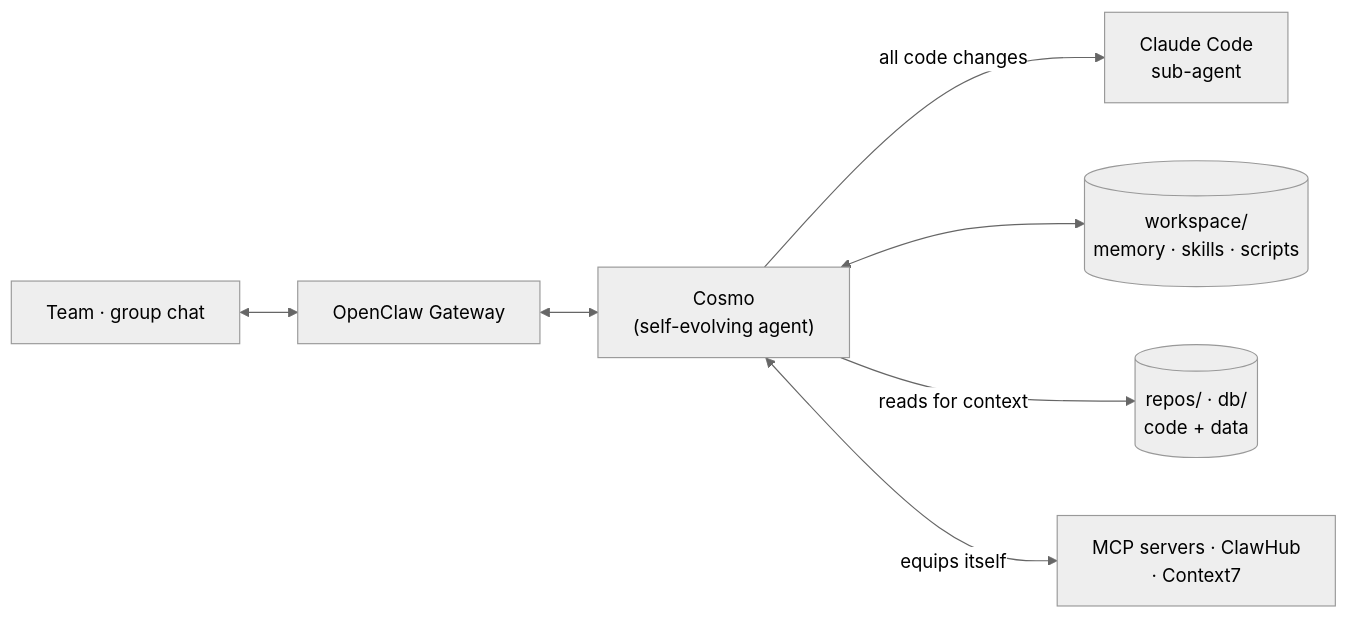
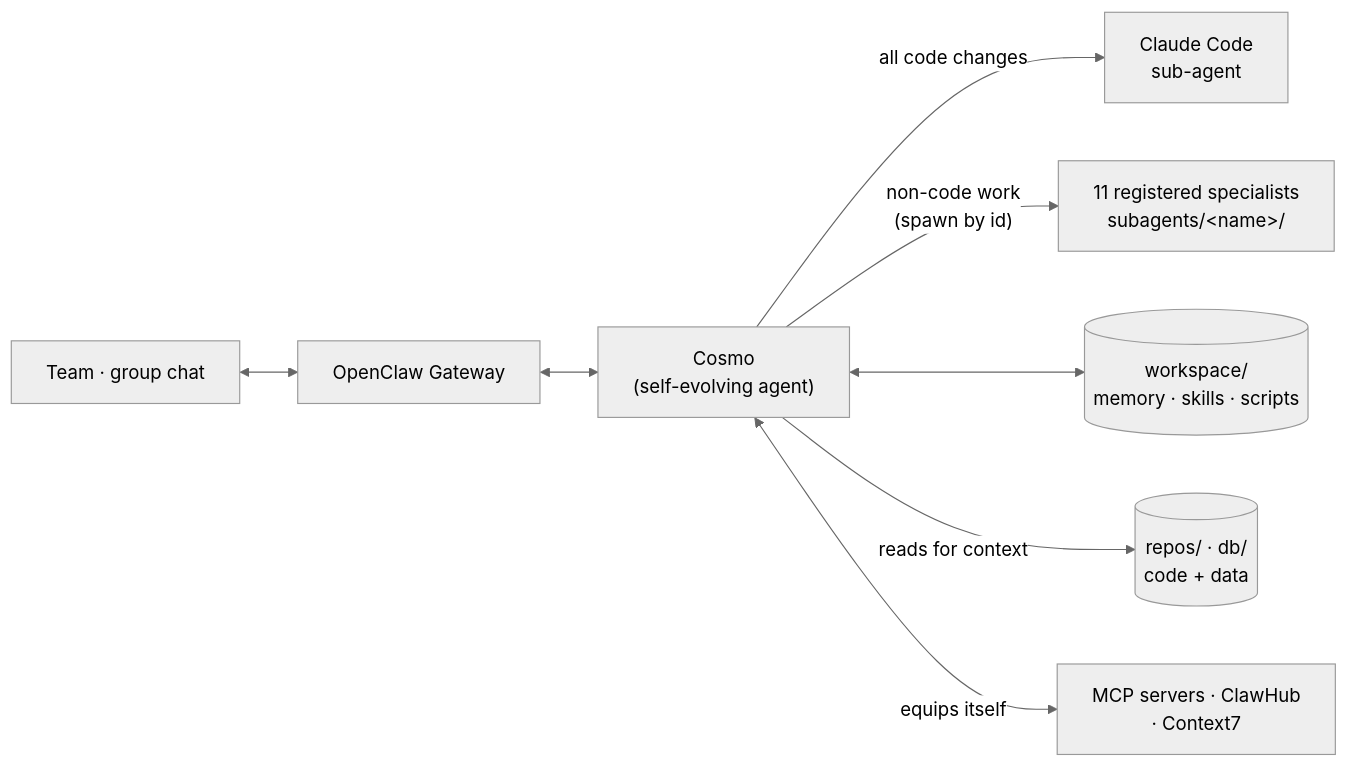
Before and after one commit to Atrv-Shrn/Cosmo-Openclaw: the first of 4 diagrams in README.md, drawn with Mermaid (neutral theme). The commit also changed other lines of this file and 113 other files, not shown here.

First line of the commit message:
v1.1.0: sub-agent roster — 11 registered markdown-defined specialists

````diff
--- a/README.md
+++ b/README.md
@@ -18,9 +20,10 @@
 ```mermaid
 flowchart LR
     Team["Team · group chat"] <--> GW["OpenClaw Gateway"]
     GW <--> Agent["Cosmo<br/>(self-evolving agent)"]
     Agent -->|"all code changes"| CC["Claude Code<br/>sub-agent"]
+    Agent -->|"non-code work<br/>(spawn by id)"| Roster["11 registered specialists<br/>subagents/&lt;name&gt;/"]
     Agent <--> WS[("workspace/<br/>memory · skills · scripts")]
     Agent -->|"reads for context"| Ctx[("repos/ · db/<br/>code + data")]
     Agent <-->|"equips itself"| Ext["MCP servers · ClawHub<br/>· Context7"]
 ```
````
